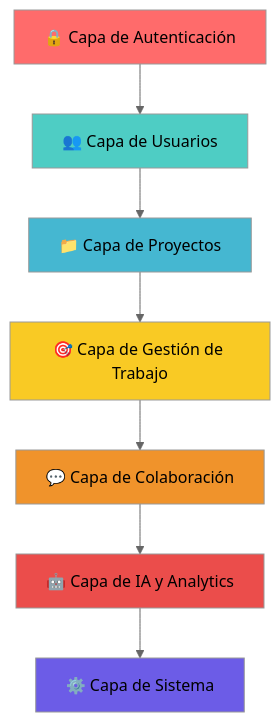
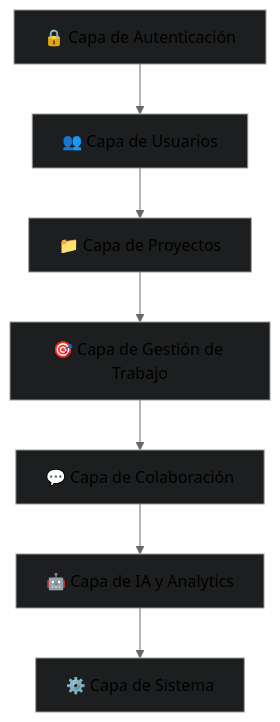
The first of 16 diagrams in docs/db/README.md (devmangel/webapp), drawn with Mermaid (neutral theme) before and after one commit. The commit also changed other lines of this file and 1 other file, not shown here.

````diff
--- a/docs/db/README.md
+++ b/docs/db/README.md
@@ -57,17 +57,17 @@
 ```mermaid
 graph TD
     A[🔒 Capa de Autenticación] --> B[👥 Capa de Usuarios]
     B --> C[📁 Capa de Proyectos]
     C --> D[🎯 Capa de Gestión de Trabajo]
     D --> E[💬 Capa de Colaboración]
     E --> F[🤖 Capa de IA y Analytics]
     F --> G[⚙️ Capa de Sistema]
     
-    style A fill:#ff6b6b
-    style B fill:#4ecdc4
-    style C fill:#45b7d1
-    style D fill:#f9ca24
-    style E fill:#f0932b
-    style F fill:#eb4d4b
-    style G fill:#6c5ce7
+    style A fill:#1c1e1f
+    style B fill:#1c1e1f
+    style C fill:#1c1e1f
+    style D fill:#1c1e1f
+    style E fill:#1c1e1f
+    style F fill:#1c1e1f
+    style G fill:#1c1e1f
 ```
````
